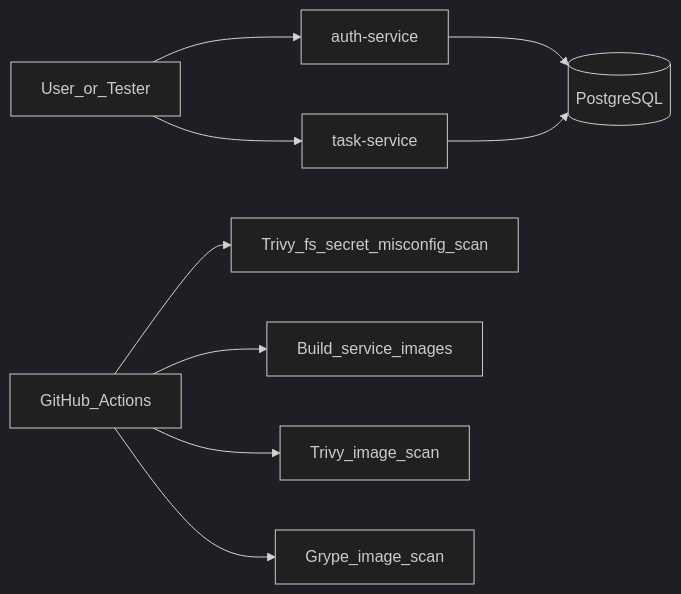
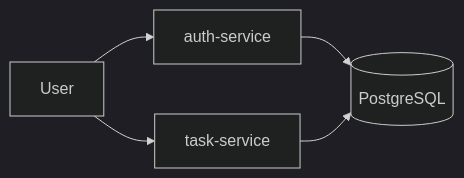
The diagram in README.md (LevinLev1/secure-task-hub), drawn with Mermaid (dark theme) before and after one commit. The commit also changed other lines of this file and 4 other files, not shown here.

````diff
--- a/README.md
+++ b/README.md
@@ -28,11 +22,7 @@
 ```mermaid
 flowchart LR
-    user[User_or_Tester] --> authService[auth-service]
-    user --> taskService[task-service]
-    authService --> postgres[(PostgreSQL)]
-    taskService --> postgres
-    ciPipeline[GitHub_Actions] --> trivyFs[Trivy_fs_secret_misconfig_scan]
-    ciPipeline --> buildImages[Build_service_images]
-    ciPipeline --> trivyImages[Trivy_image_scan]
-    ciPipeline --> grypeImages[Grype_image_scan]
+    user[User] --> auth[auth-service]
+    user --> task[task-service]
+    auth --> db[(PostgreSQL)]
+    task --> db
 ```
````
